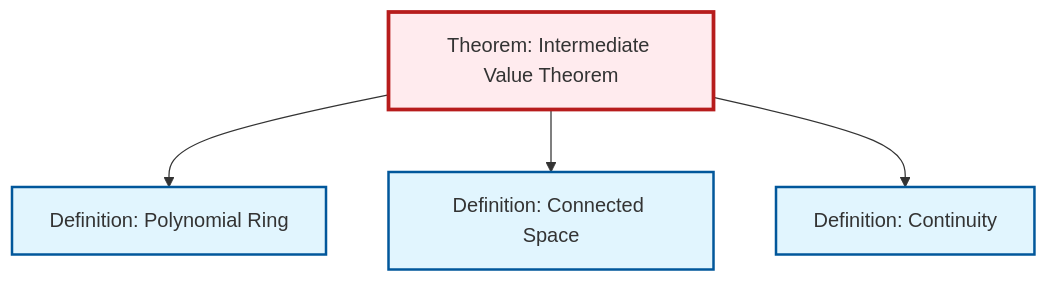
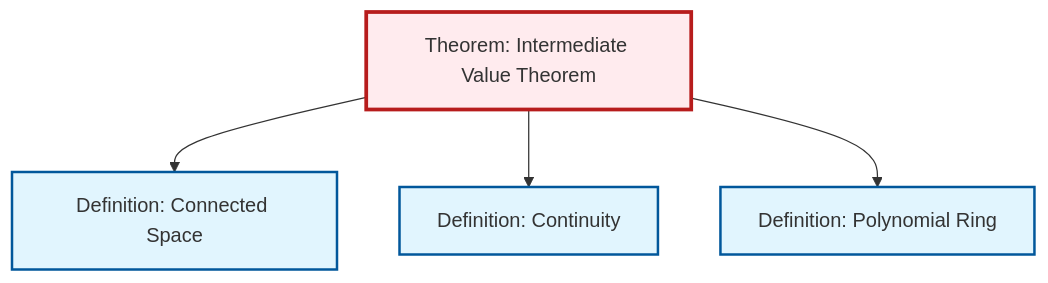
Before and after one commit to RK0429/ModernMath: the diagram in content/en/topology/thm-intermediate-value.qmd, drawn with Mermaid. The commit also changed other lines of this file and 634 other files, not shown here.

````diff
--- a/content/en/topology/thm-intermediate-value.qmd
+++ b/content/en/topology/thm-intermediate-value.qmd
@@ -51,20 +51,20 @@
 ```{mermaid}
 %%| fig-cap: "Local dependency graph"
 graph TD
     classDef definition fill:#e1f5fe,stroke:#01579b,stroke-width:2px
     classDef theorem fill:#f3e5f5,stroke:#4a148c,stroke-width:2px
     classDef axiom fill:#fff3e0,stroke:#e65100,stroke-width:2px
     classDef example fill:#e8f5e9,stroke:#1b5e20,stroke-width:2px
     classDef current fill:#ffebee,stroke:#b71c1c,stroke-width:3px
     thm-intermediate-value["Theorem: Intermediate Value Theorem"]:::theorem
     def-continuity["Definition: Continuity"]:::definition
+    def-polynomial-ring["Definition: Polynomial Ring"]:::definition
     def-connected["Definition: Connected Space"]:::definition
-    def-polynomial-ring["Definition: Polynomial Ring"]:::definition
-    thm-intermediate-value --> def-polynomial-ring
     thm-intermediate-value --> def-connected
     thm-intermediate-value --> def-continuity
+    thm-intermediate-value --> def-polynomial-ring
     class thm-intermediate-value current
     click def-continuity "def-continuity.html" "Go to Continuity definition"
+    click def-polynomial-ring "def-polynomial-ring.html" "Go to Polynomial Ring definition"
     click def-connected "def-connected.html" "Go to Connected Space definition"
-    click def-polynomial-ring "def-polynomial-ring.html" "Go to Polynomial Ring definition"
 ```
````
